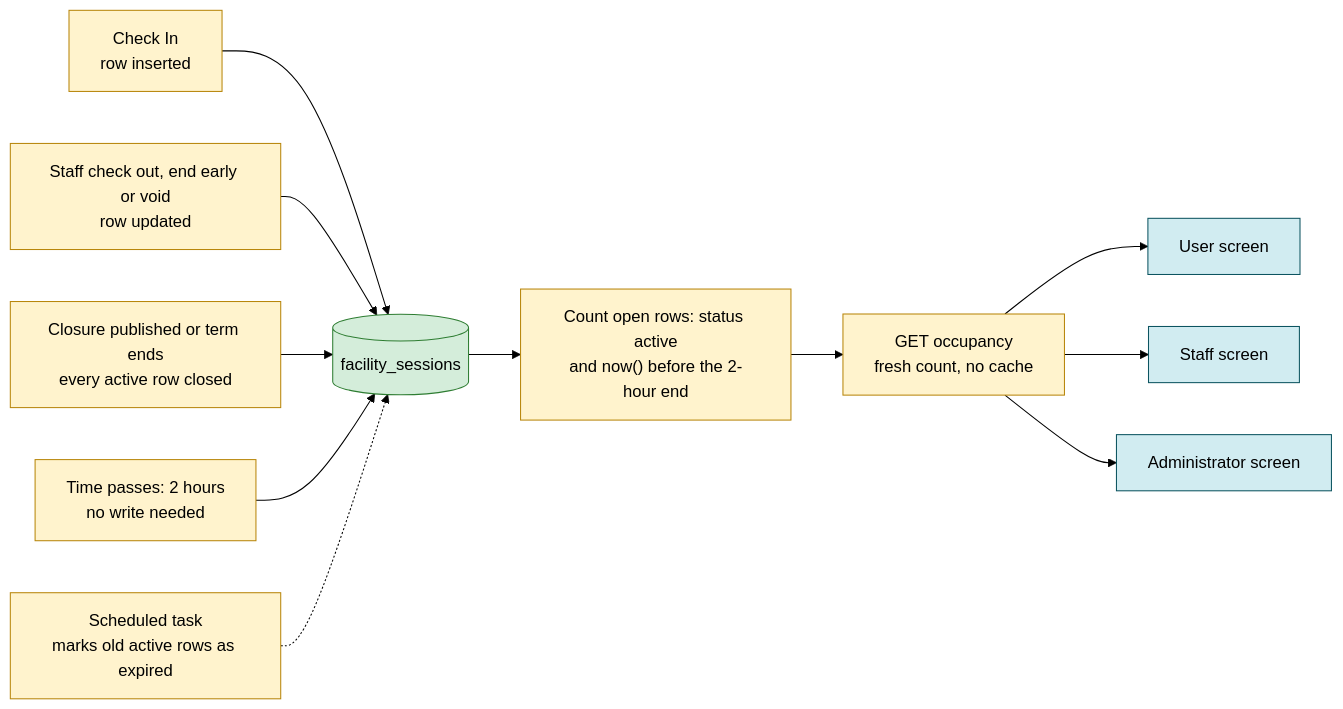
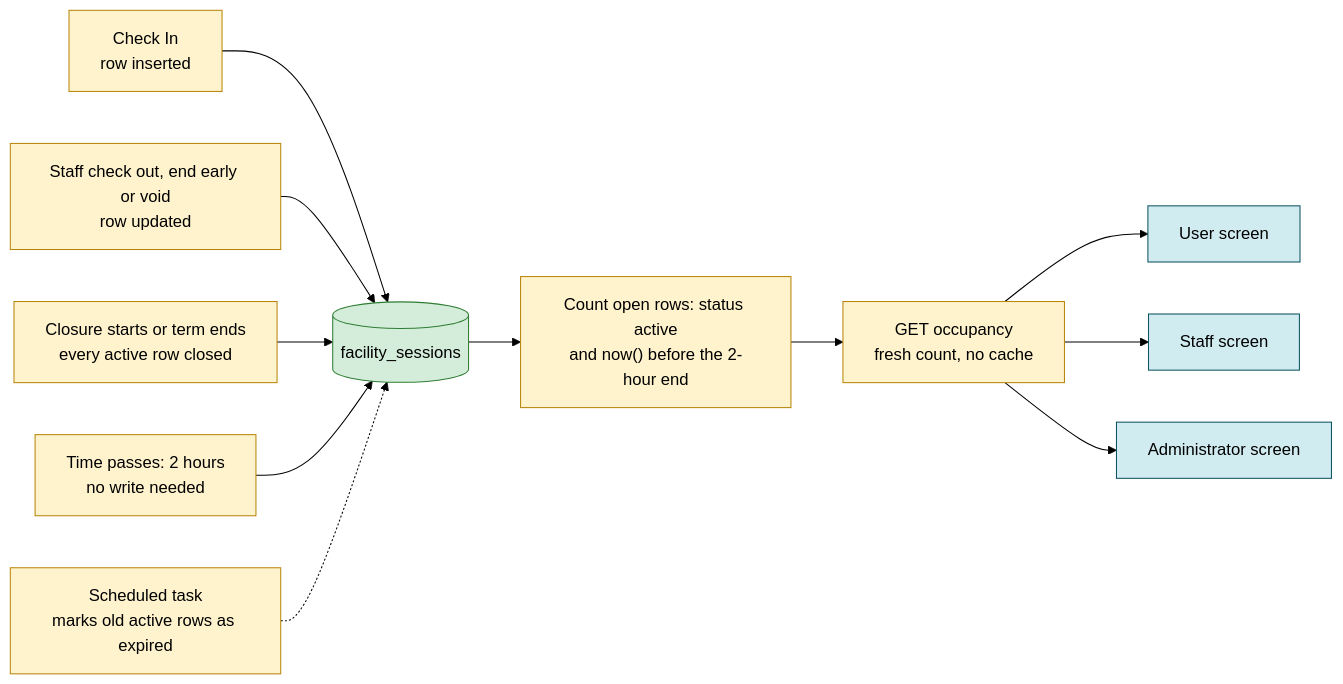
The tenth of 12 diagrams in docs/design/check-in-flows.md (Th3-Minorities/natatorio-gym-app), drawn with Mermaid (forest theme) before and after one commit. The commit also changed other lines of this file and 3 other files, not shown here.

````diff
--- a/docs/design/check-in-flows.md
+++ b/docs/design/check-in-flows.md
@@ -320,20 +320,20 @@
 ```mermaid
 flowchart LR
   CI["Check In<br/>row inserted"] --> T[("facility_sessions")]
   SC["Staff check out, end early or void<br/>row updated"] --> T
-  CLO["Closure published or term ends<br/>every active row closed"] --> T
+  CLO["Closure starts or term ends<br/>every active row closed"] --> T
   TM["Time passes: 2 hours<br/>no write needed"] --> T
   T --> Q["Count open rows: status active<br/>and now() before the 2-hour end"]
   Q --> API["GET occupancy<br/>fresh count, no cache"]
   API --> U["User screen"]
   API --> S["Staff screen"]
   API --> AD["Administrator screen"]
   CL["Scheduled task<br/>marks old active rows as expired"] -.-> T
 
   classDef back fill:#fff3cd,stroke:#b8860b,color:#000
   classDef data fill:#d4edda,stroke:#2e7d32,color:#000
   classDef client fill:#d1ecf1,stroke:#0c5460,color:#000
   class CI,SC,CLO,TM,Q,API,CL back
   class T data
   class U,S,AD client
 ```
````
